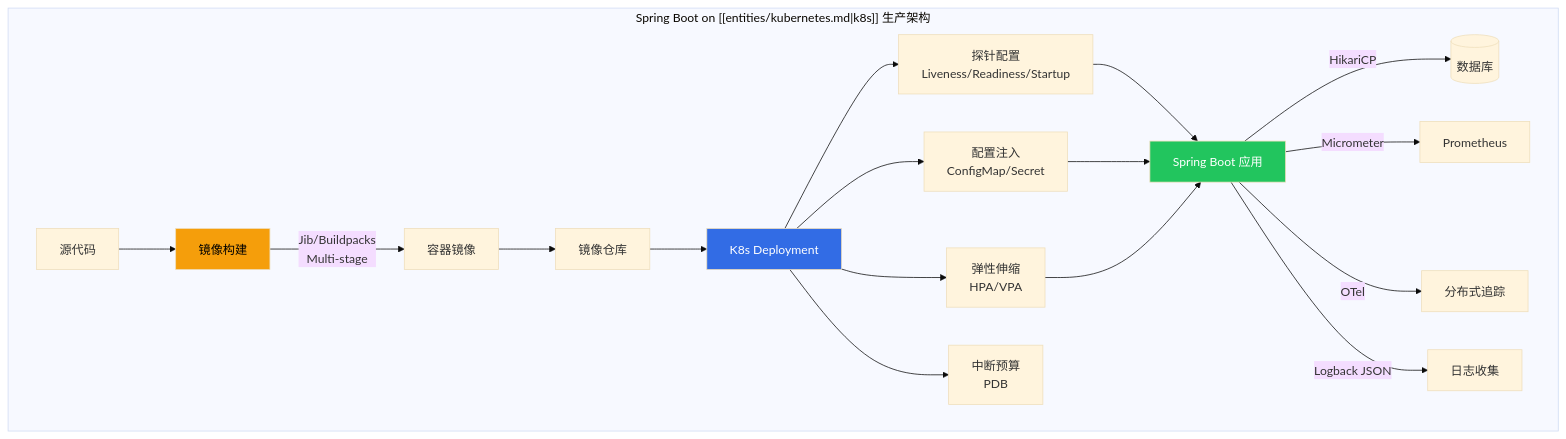
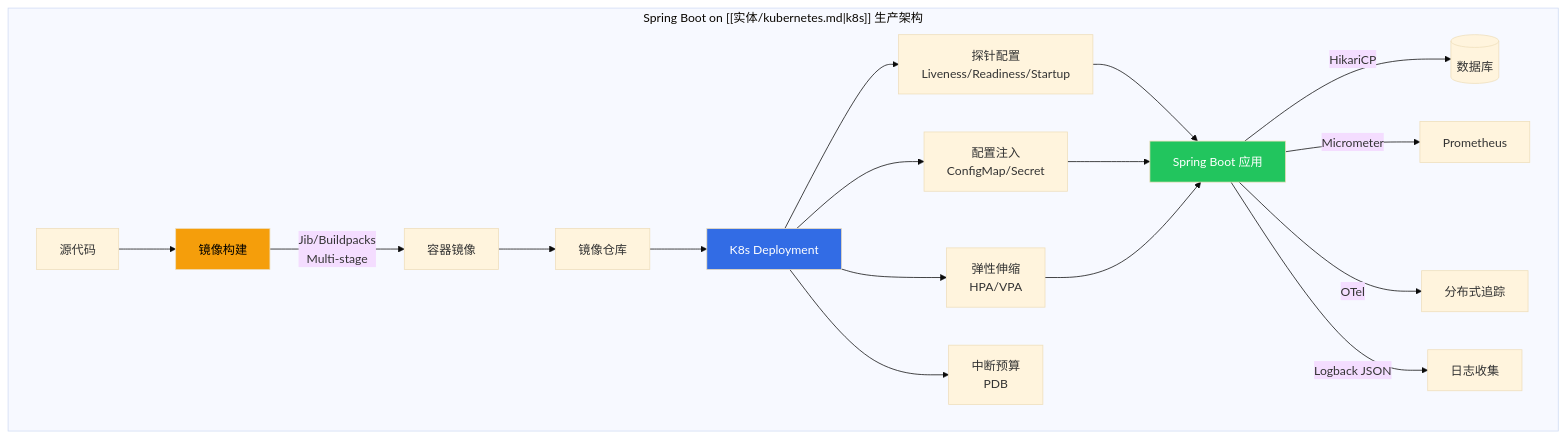
One commit to kudig-io/kudig-database changed the first of 2 diagrams in 工作负载/02-spring-boot-kubernetes-production.md. Above: the diagram before and after it, drawn with Mermaid (base theme). The commit also changed 293666 other files, not shown here.

````diff
--- a/工作负载/02-spring-boot-kubernetes-production.md
+++ b/工作负载/02-spring-boot-kubernetes-production.md
@@ -67,27 +67,27 @@
 ```mermaid
 graph TB
-    subgraph "Spring Boot on [[entities/kubernetes.md|k8s]] 生产架构"
+    subgraph "Spring Boot on [[实体/kubernetes.md|k8s]] 生产架构"
         SRC[源代码] --> BUILD[镜像构建]
         BUILD --> |Jib/Buildpacks<br/>Multi-stage| IMG[容器镜像]
         IMG --> REG[镜像仓库]
         REG --> DEPLOY[K8s Deployment]
         
         DEPLOY --> PROBE[探针配置<br/>Liveness/Readiness/Startup]
         DEPLOY --> CONFIG[配置注入<br/>ConfigMap/Secret]
         DEPLOY --> HPA[弹性伸缩<br/>HPA/VPA]
         DEPLOY --> PDB[中断预算<br/>PDB]
         
         PROBE --> APP[Spring Boot 应用]
         CONFIG --> APP
         HPA --> APP
         
         APP --> |HikariCP| DB[(数据库)]
         APP --> |Micrometer| PROM[Prometheus]
         APP --> |OTel| TRACE[分布式追踪]
         APP --> |Logback JSON| LOG[日志收集]
     end
     
     style BUILD fill:#f59e0b,color:#000
     style APP fill:#22c55e,color:#fff
     style DEPLOY fill:#326ce5,color:#fff
 ```
````
